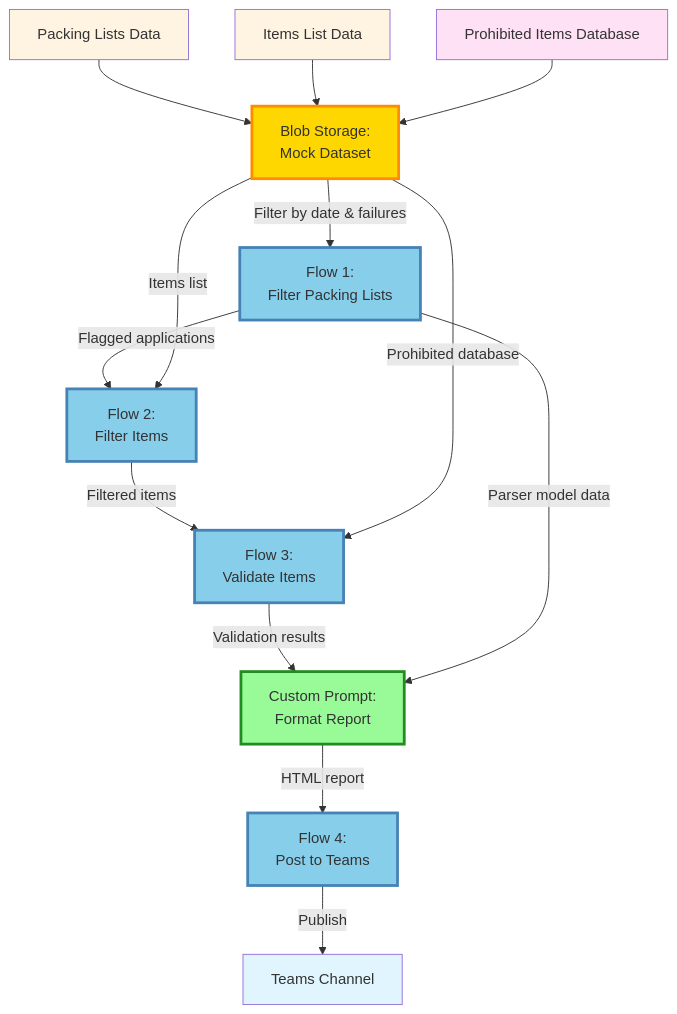
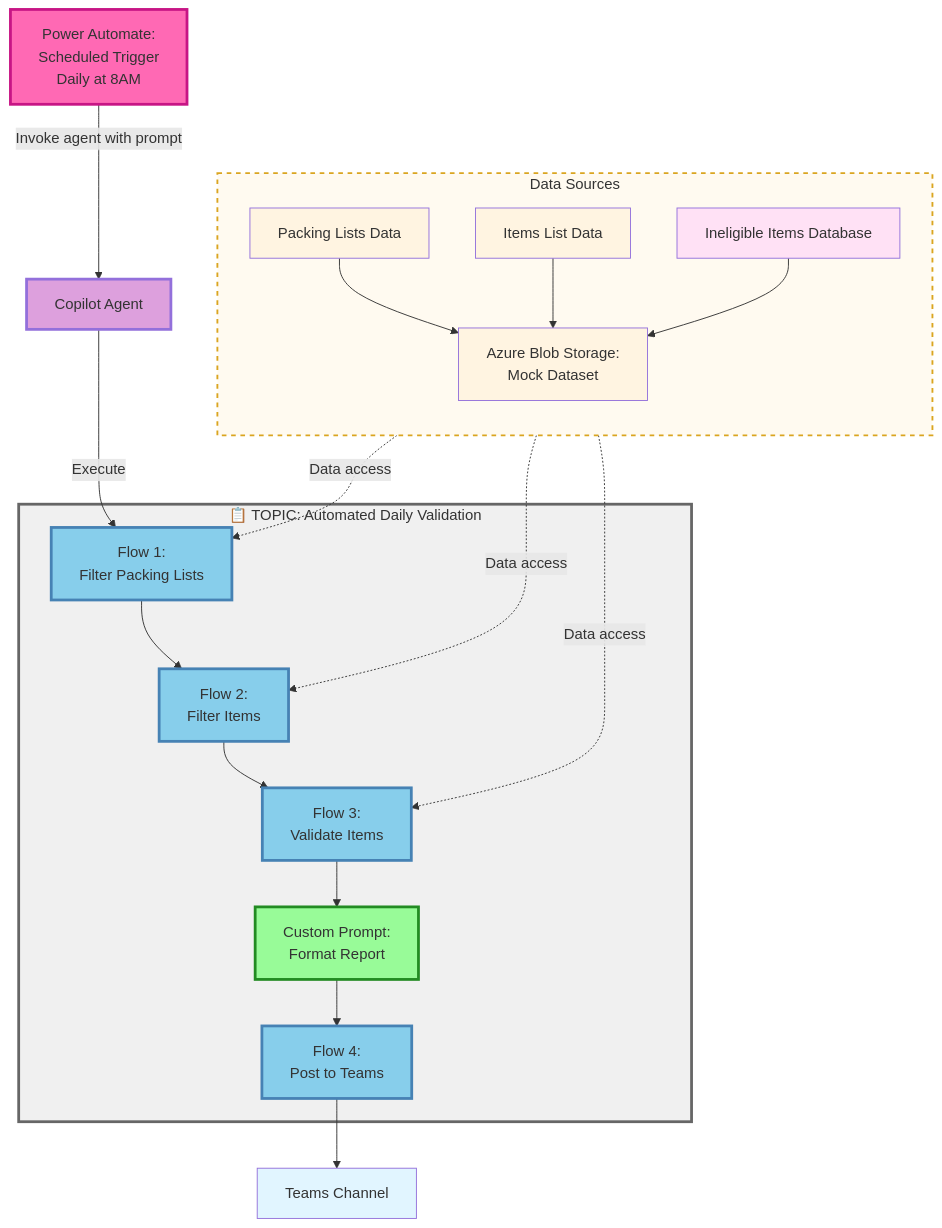
One commit to david-pizzi-cg/agentic-compliance-qa changed the second of 2 diagrams in README.md. Above: the diagram before and after it, drawn with Mermaid. The commit also changed other lines of this file and 6 other files, not shown here.

First line of the commit message:
Update documentation and reports with ineligible item terminology and improved POC architecture diagram

````diff
--- a/README.md
+++ b/README.md
@@ -221,44 +222,61 @@
 ```mermaid
 flowchart TD
-    A[Packing Lists Data]
-    B[Items List Data]
-    C[Prohibited Items Database]
+    S[Power Automate:<br/>Scheduled Trigger<br/>Daily at 8AM]
     
-    A --> D[Blob Storage:<br/>Mock Dataset]
-    B --> D
-    C --> D
+    S -->|Invoke agent with prompt| T[Copilot Agent]
     
-    D -->|Filter by date & failures| E[Flow 1:<br/>Filter Packing Lists]
+    T -->|Execute| E
     
-    E -->|Flagged applications| F[Flow 2:<br/>Filter Items]
+    subgraph ADV["📋 TOPIC: Automated Daily Validation"]
+        E[Flow 1:<br/>Filter Packing Lists]
+        F[Flow 2:<br/>Filter Items]
+        G[Flow 3:<br/>Validate Items]
+        H[Custom Prompt:<br/>Format Report]
+        I[Flow 4:<br/>Post to Teams]
+        
+        E --> F
+        F --> G
+        G --> H
+        H --> I
+    end
     
-    D -->|Items list| F
+    I --> J[Teams Channel]
     
-    F -->|Filtered items| G[Flow 3:<br/>Validate Items]
+    subgraph DS["Data Sources"]
+        direction TB
+        A[Packing Lists Data]
+        B[Items List Data]
+        C[Ineligible Items Database]
+        A --> D[Azure Blob Storage:<br/>Mock Dataset]
+        B --> D
+        C --> D
+    end
     
-    D -->|Prohibited database| G
+    D -.->|Data access| E
+    D -.->|Data access| F
+    D -.->|Data access| G
     
-    G -->|Validation results| H[Custom Prompt:<br/>Format Report]
-    
-    E -->|Parser model data| H
-    
-    H -->|HTML report| I[Flow 4:<br/>Post to Teams]
-    
-    I -->|Publish| J[Teams Channel]
-    
+    style S fill:#ff69b4,stroke:#c71585,stroke-width:3px
+    style T fill:#dda0dd,stroke:#9370db,stroke-width:3px
+    style ADV fill:#f0f0f0,stroke:#666,stroke-width:3px
+    style DS fill:#fffaf0,stroke:#daa520,stroke-width:2px,stroke-dasharray: 5 5
     style A fill:#fff4e1
     style B fill:#fff4e1
     style C fill:#ffe1f5
-    style D fill:#ffd700,stroke:#ff8c00,stroke-width:3px
+    style D fill:#fff4e1
     style E fill:#87ceeb,stroke:#4682b4,stroke-width:3px
     style F fill:#87ceeb,stroke:#4682b4,stroke-width:3px
     style G fill:#87ceeb,stroke:#4682b4,stroke-width:3px
     style H fill:#98fb98,stroke:#228b22,stroke-width:3px
     style I fill:#87ceeb,stroke:#4682b4,stroke-width:3px
     style J fill:#e1f5ff
     
     classDef flow fill:#87ceeb,stroke:#4682b4,stroke-width:3px
     classDef prompt fill:#98fb98,stroke:#228b22,stroke-width:3px
+    classDef trigger fill:#ff69b4,stroke:#c71585,stroke-width:3px
+    classDef agent fill:#dda0dd,stroke:#9370db,stroke-width:3px
     class E,F,G,I flow
     class H prompt
+    class S trigger
+    class T agent
 ```
````
